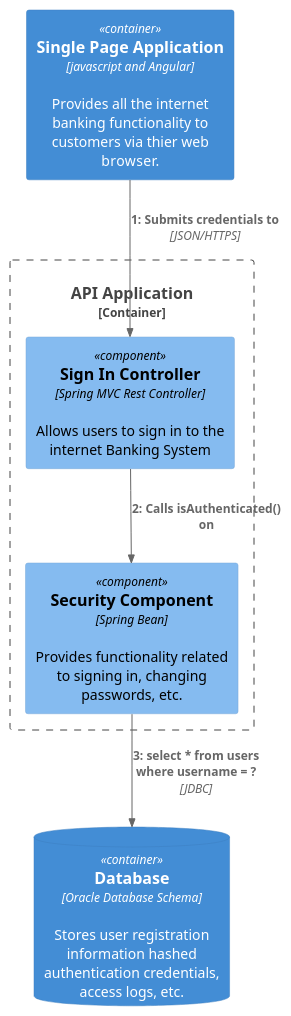
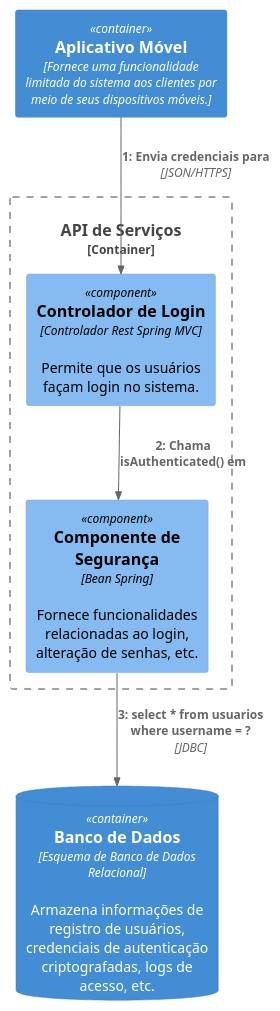
Before and after one commit to Emanuelle-Machado/DisciplinasTSI: the diagram in projeto-c4builder/Projeto-SPS/src/1 Internet Banking System/Single Page Application/Dynamic Diagram/dynamic.puml, drawn with PlantUML. The commit also changed 58 other files, not shown here.

```diff
--- a/projeto-c4builder/Projeto-SPS/src/1 Internet Banking System/Single Page Application/Dynamic Diagram/dynamic.puml
+++ b/projeto-c4builder/Projeto-SPS/src/1 Internet Banking System/Single Page Application/Dynamic Diagram/dynamic.puml
@@ -1,15 +1,15 @@
 @startuml
 !include https://raw.githubusercontent.com/adrianvlupu/C4-PlantUML/latest/C4_Dynamic.puml
 
-Container(spa, "Single Page Application", "javascript and Angular", "Provides all the internet banking functionality to customers via thier web browser.")
-ContainerDb(db, "Database", "Oracle Database Schema", "Stores user registration information hashed authentication credentials, access logs, etc.")
-Container_Boundary(bc, "API Application"){
-    Component(signin, "Sign In Controller", "Spring MVC Rest Controller", "Allows users to sign in to the internet Banking System")
-    Component(security, "Security Component", "Spring Bean", "Provides functionality related to signing in, changing passwords, etc.")
+Container(appMobile, "Aplicativo Móvel","Fornece uma funcionalidade limitada do sistema aos clientes por meio de seus dispositivos móveis.")
+ContainerDb(bancoDados, "Banco de Dados", "Esquema de Banco de Dados Relacional", "Armazena informações de registro de usuários, credenciais de autenticação criptografadas, logs de acesso, etc.")
+Container_Boundary(apiServiços, "API de Serviços"){
+    Component(login, "Controlador de Login", "Controlador Rest Spring MVC", "Permite que os usuários façam login no sistema.")
+    Component(seguranca, "Componente de Segurança", "Bean Spring", "Fornece funcionalidades relacionadas ao login, alteração de senhas, etc.")
 }
 
-Rel(spa, signin, "Submits credentials to", "JSON/HTTPS")
-Rel(signin, security, "Calls isAuthenticated() on")
-Rel(security, db, "select * from users where username = ?", "JDBC")
+Rel(appMobile, login, "Envia credenciais para", "JSON/HTTPS")
+Rel(login, seguranca, "Chama isAuthenticated() em")
+Rel(seguranca, bancoDados, "select * from usuarios where username = ?", "JDBC")
 
 @enduml
```
